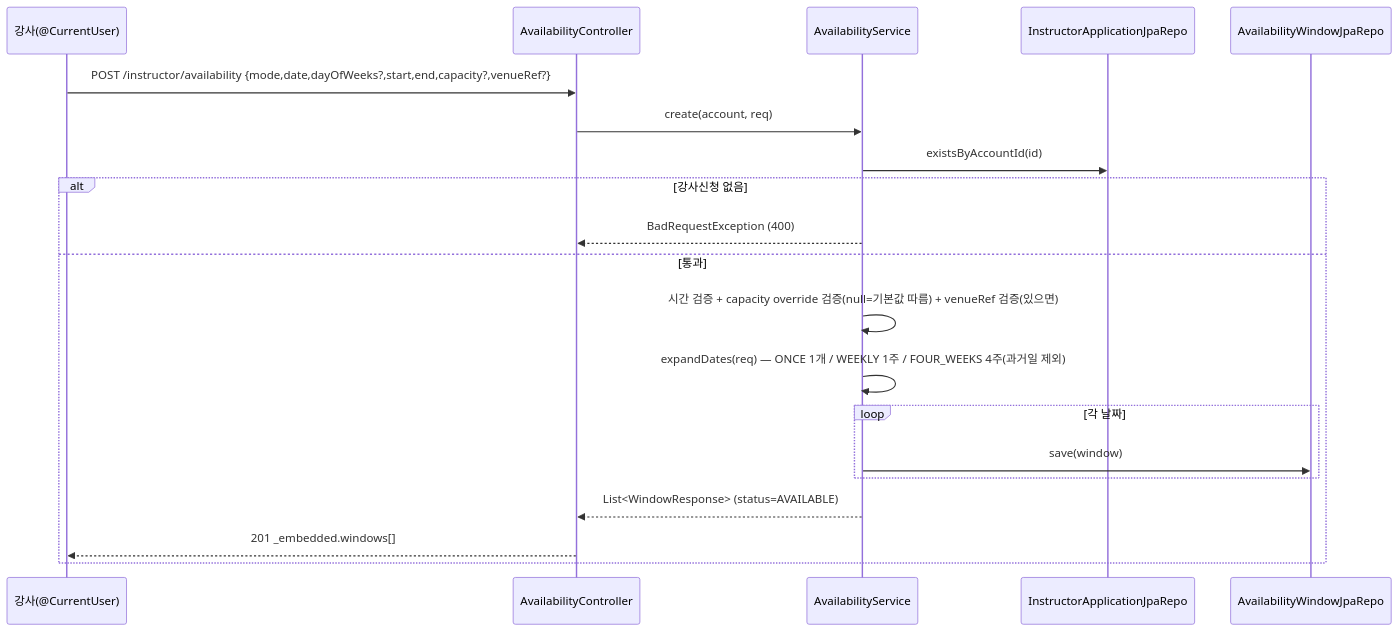
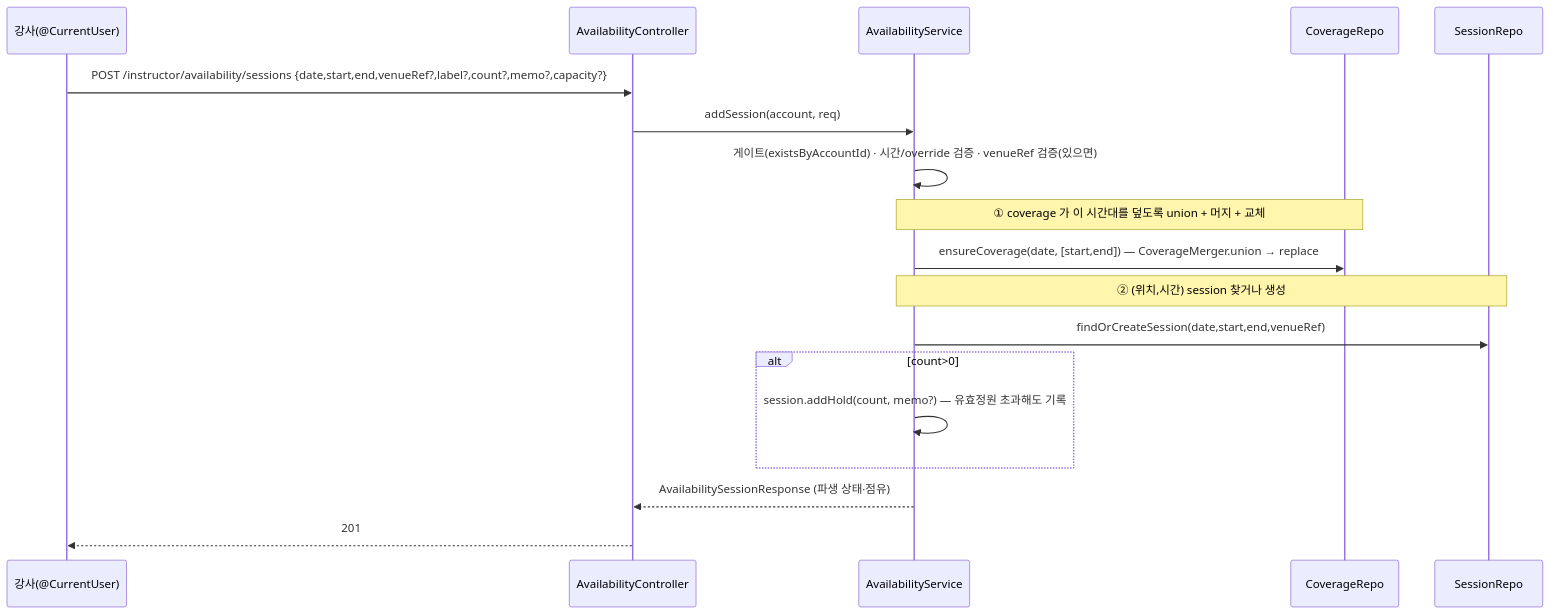
One commit to pungdong/Pungdong-Backend changed the second of 5 diagrams in docs/architecture/availability.md. Above: the diagram before and after it, drawn with Mermaid. The commit also changed other lines of this file and 5 other files, not shown here.

First line of the commit message:
Docs: coverage/session 2레이어 재설계 반영 (availability·enrollment 도메인/피처 문서 + CLAUDE.md)

````diff
--- a/docs/architecture/availability.md
+++ b/docs/architecture/availability.md
@@ -37,23 +45,21 @@
 ```mermaid
 sequenceDiagram
   participant I as 강사(@CurrentUser)
   participant C as AvailabilityController
   participant S as AvailabilityService
-  participant IA as InstructorApplicationJpaRepo
-  participant WR as AvailabilityWindowJpaRepo
+  participant CR as CoverageRepo
+  participant SR as SessionRepo
 
-  I->>C: POST /instructor/availability {mode,date,dayOfWeeks?,start,end,capacity?,venueRef?}
-  C->>S: create(account, req)
-  S->>IA: existsByAccountId(id)
-  alt 강사신청 없음
-    S-->>C: BadRequestException (400)
-  else 통과
-    S->>S: 시간 검증 + capacity override 검증(null=기본값 따름) + venueRef 검증(있으면)
-    S->>S: expandDates(req) — ONCE 1개 / WEEKLY 1주 / FOUR_WEEKS 4주(과거일 제외)
-    loop 각 날짜
-      S->>WR: save(window)
-    end
-    S-->>C: List<WindowResponse> (status=AVAILABLE)
-    C-->>I: 201 _embedded.windows[]
+  I->>C: POST /instructor/availability/sessions {date,start,end,venueRef?,label?,count?,memo?,capacity?}
+  C->>S: addSession(account, req)
+  S->>S: 게이트(existsByAccountId) · 시간/override 검증 · venueRef 검증(있으면)
+  Note over S,CR: ① coverage 가 이 시간대를 덮도록 union + 머지 + 교체
+  S->>CR: ensureCoverage(date, [start,end]) — CoverageMerger.union → replace
+  Note over S,SR: ② (위치,시간) session 찾거나 생성
+  S->>SR: findOrCreateSession(date,start,end,venueRef)
+  alt count>0
+    S->>S: session.addHold(count, memo?) — 유효정원 초과해도 기록
   end
+  S-->>C: AvailabilitySessionResponse (파생 상태·점유)
+  C-->>I: 201
 ```
````
